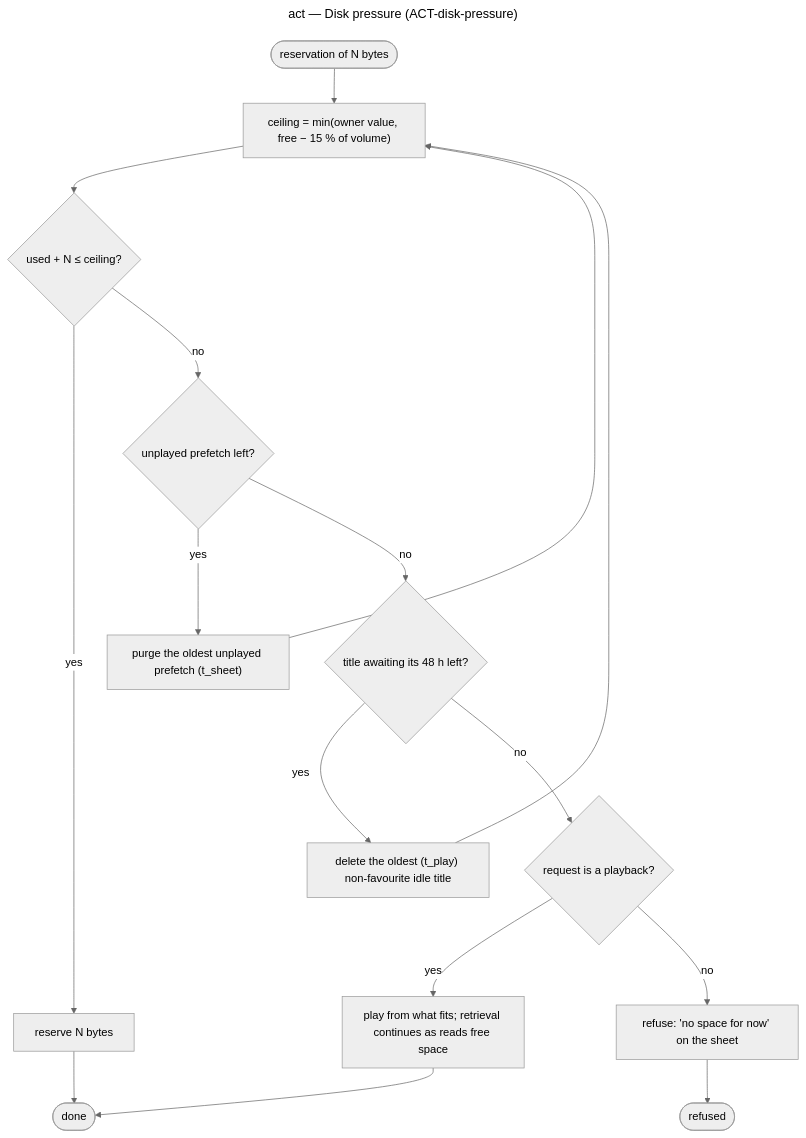
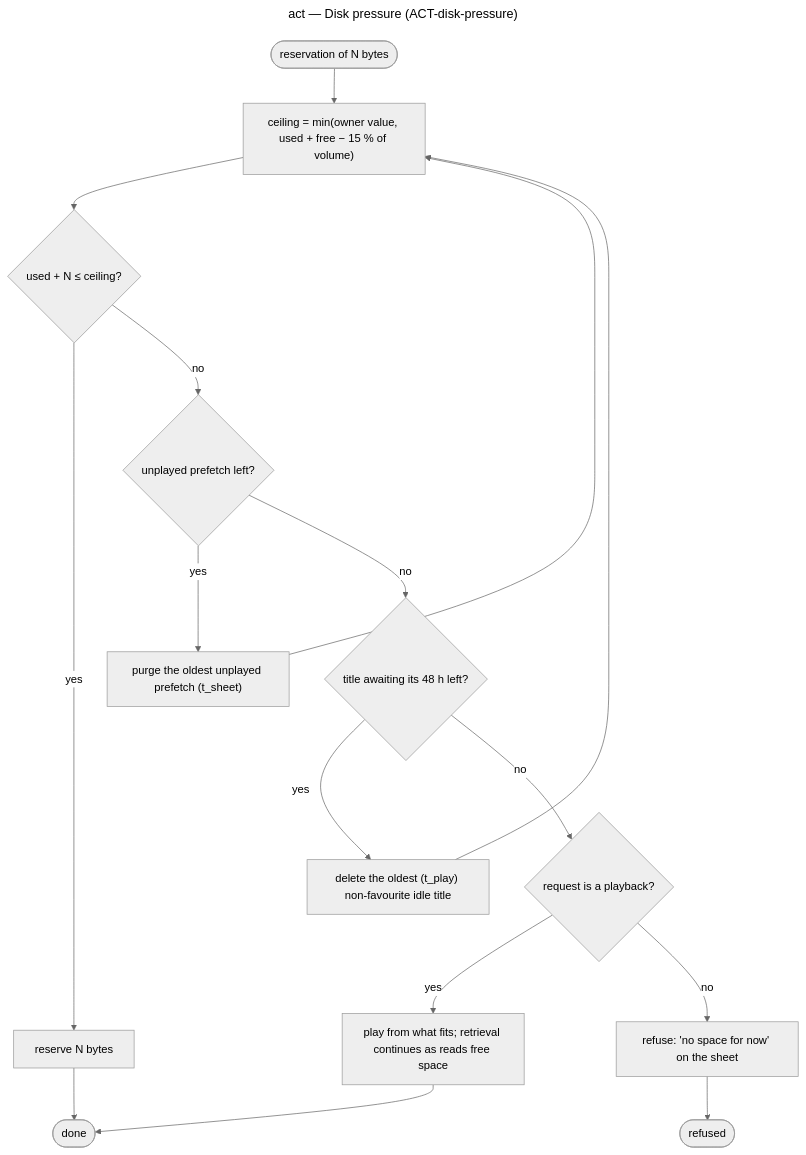
Before and after one commit to benoit-bremaud/popcorntv: the diagram in docs/architecture/diagrams/on-demand-retrieval/07-activity-disk-pressure.md, drawn with Mermaid (neutral theme). The commit also changed 7 other files, not shown here.

````diff
--- a/docs/architecture/diagrams/on-demand-retrieval/07-activity-disk-pressure.md
+++ b/docs/architecture/diagrams/on-demand-retrieval/07-activity-disk-pressure.md
@@ -11,16 +11,16 @@
 ```mermaid
 ---
 title: act — Disk pressure (ACT-disk-pressure)
 ---
 flowchart TD
-  Start(["reservation of N bytes"]) --> A1["ceiling = min(owner value, free − 15 % of volume)"]
+  Start(["reservation of N bytes"]) --> A1["ceiling = min(owner value, used + free − 15 % of volume)"]
   A1 --> D1{"used + N ≤ ceiling?"}
   D1 -- "yes" --> A9["reserve N bytes"] --> Done(["done"])
   D1 -- "no" --> D2{"unplayed prefetch left?"}
   D2 -- "yes" --> A2["purge the oldest unplayed prefetch (t_sheet)"] --> A1
   D2 -- "no" --> D3{"title awaiting its 48 h left?"}
   D3 -- "yes" --> A3["delete the oldest (t_play) non-favourite idle title"] --> A1
   D3 -- "no" --> D4{"request is a playback?"}
   D4 -- "yes" --> A4["play from what fits; retrieval continues as reads free space"] --> Done
   D4 -- "no" --> A5["refuse: 'no space for now' on the sheet"] --> Refused(["refused"])
 ```
````
